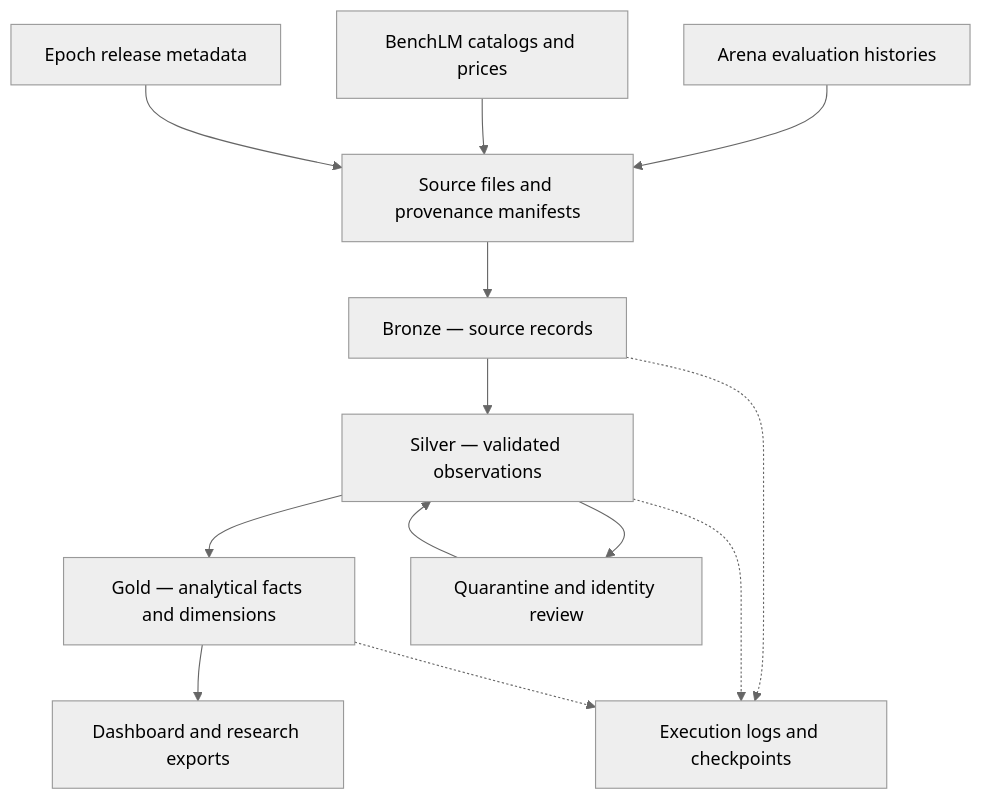
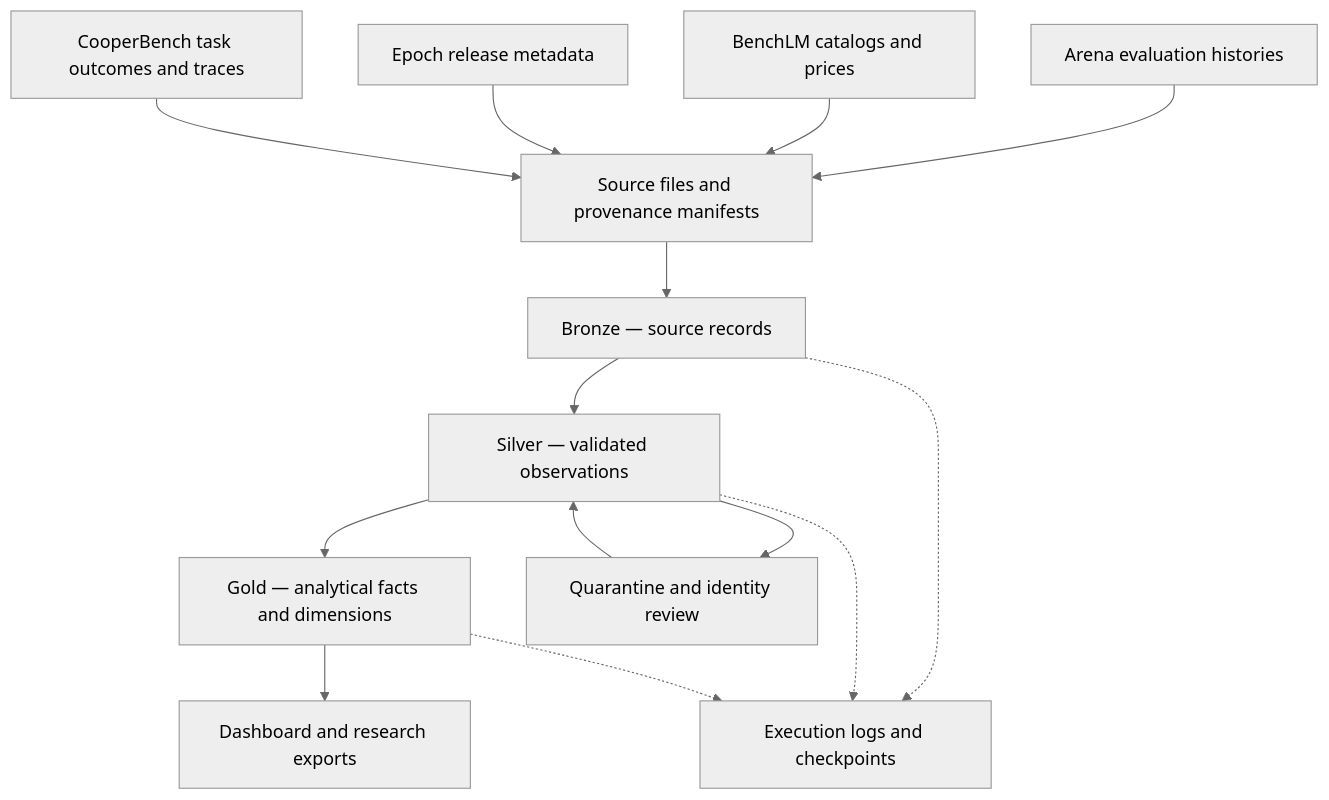
One commit to aliamirchoudhary/Frontier-AI-Observability changed the diagram in README.md. Above: the diagram before and after it, drawn with Mermaid (neutral theme). The commit also changed other lines of this file and 1 other file, not shown here.

````diff
--- a/README.md
+++ b/README.md
@@ -67,15 +68,16 @@
 ```mermaid
 flowchart TD
     A["Arena evaluation histories"] --> L["Source files and provenance manifests"]
     B["BenchLM catalogs and prices"] --> L
     C["Epoch release metadata"] --> L
+    H["CooperBench task outcomes and traces"] --> L
     L --> D["Bronze — source records"]
     D --> E["Silver — validated observations"]
     E --> F["Gold — analytical facts and dimensions"]
     F --> G["Dashboard and research exports"]
     E --> Q["Quarantine and identity review"]
     Q --> E
     D -.-> O["Execution logs and checkpoints"]
     E -.-> O
     F -.-> O
 ```
````
